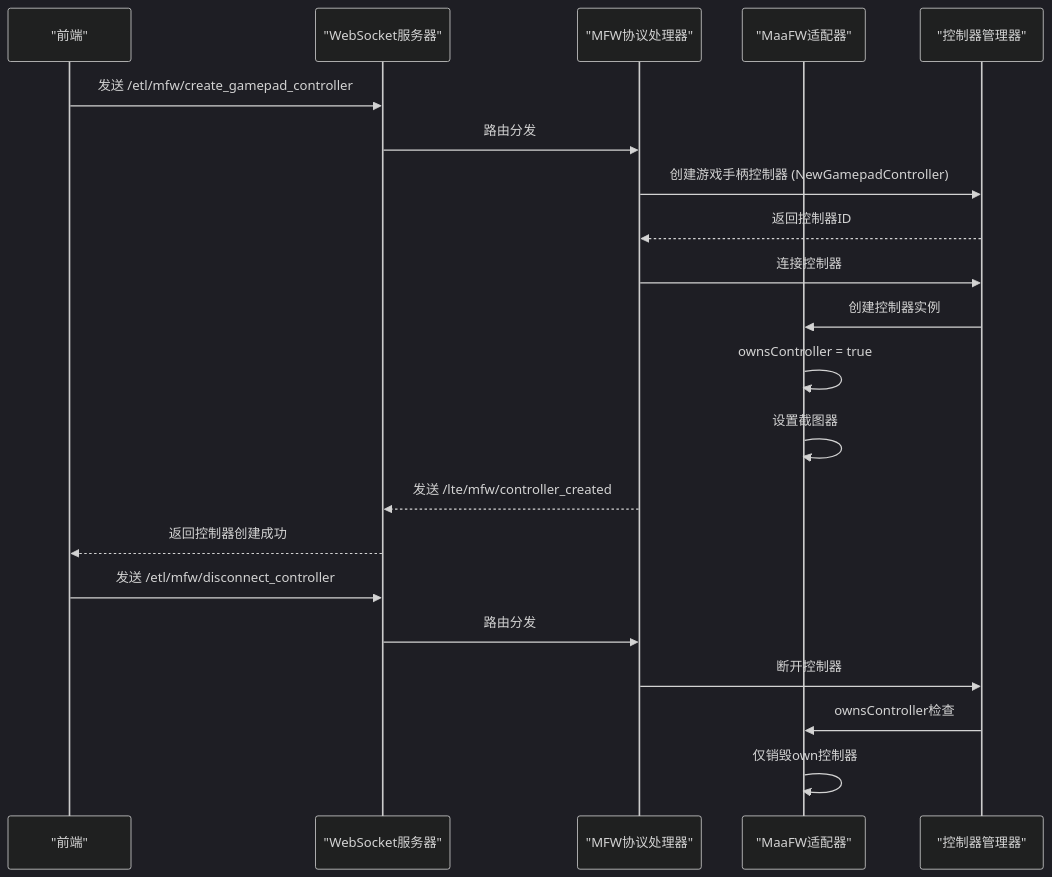
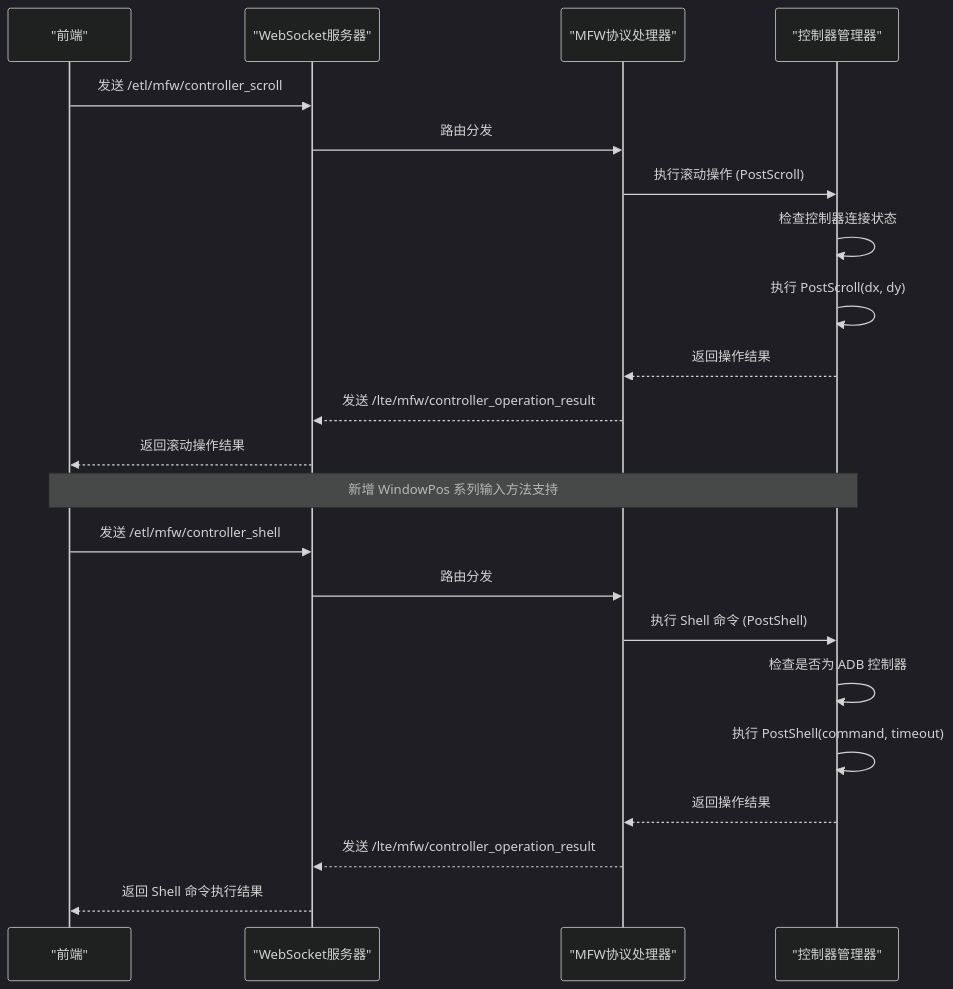
The second of 3 diagrams in .qoder/repowiki/zh/content/开发者指南/LocalBridge 通信协议.md (kqcoxn/MaaPipelineEditor), drawn with Mermaid (dark theme) before and after one commit. The commit also changed other lines of this file and 9 other files, not shown here.

````diff
--- a/.qoder/repowiki/zh/content/开发者指南/LocalBridge 通信协议.md
+++ b/.qoder/repowiki/zh/content/开发者指南/LocalBridge 通信协议.md
@@ -214,23 +214,24 @@
 ```mermaid
 sequenceDiagram
 participant FE as "前端"
 participant WS as "WebSocket服务器"
 participant MFWH as "MFW协议处理器"
-participant ADP as "MaaFW适配器"
 participant CM as "控制器管理器"
-FE->>WS : 发送 /etl/mfw/create_gamepad_controller
+FE->>WS : 发送 /etl/mfw/controller_scroll
 WS->>MFWH : 路由分发
-MFWH->>CM : 创建游戏手柄控制器 (NewGamepadController)
-CM-->>MFWH : 返回控制器ID
-MFWH->>CM : 连接控制器
-CM->>ADP : 创建控制器实例
-ADP->>ADP : ownsController = true
-ADP->>ADP : 设置截图器
-MFWH-->>WS : 发送 /lte/mfw/controller_created
-WS-->>FE : 返回控制器创建成功
-FE->>WS : 发送 /etl/mfw/disconnect_controller
+MFWH->>CM : 执行滚动操作 (PostScroll)
+CM->>CM : 检查控制器连接状态
+CM->>CM : 执行 PostScroll(dx, dy)
+CM-->>MFWH : 返回操作结果
+MFWH-->>WS : 发送 /lte/mfw/controller_operation_result
+WS-->>FE : 返回滚动操作结果
+Note over FE,CM : 新增 WindowPos 系列输入方法支持
+FE->>WS : 发送 /etl/mfw/controller_shell
 WS->>MFWH : 路由分发
-MFWH->>CM : 断开控制器
-CM->>ADP : ownsController检查
-ADP->>ADP : 仅销毁own控制器
+MFWH->>CM : 执行 Shell 命令 (PostShell)
+CM->>CM : 检查是否为 ADB 控制器
+CM->>CM : 执行 PostShell(command, timeout)
+CM-->>MFWH : 返回操作结果
+MFWH-->>WS : 发送 /lte/mfw/controller_operation_result
+WS-->>FE : 返回 Shell 命令执行结果
 ```
````
